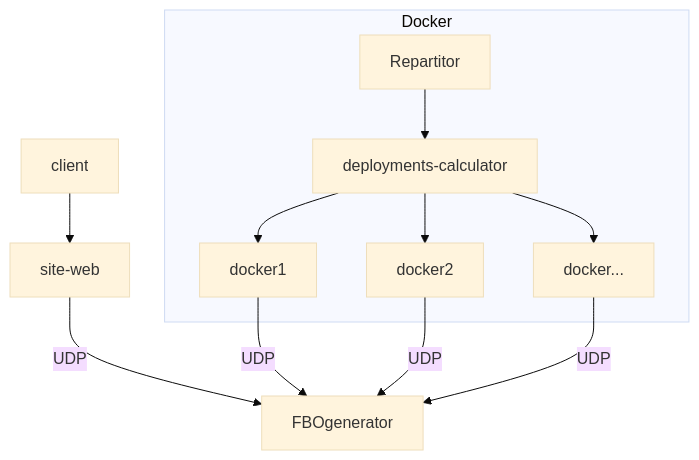
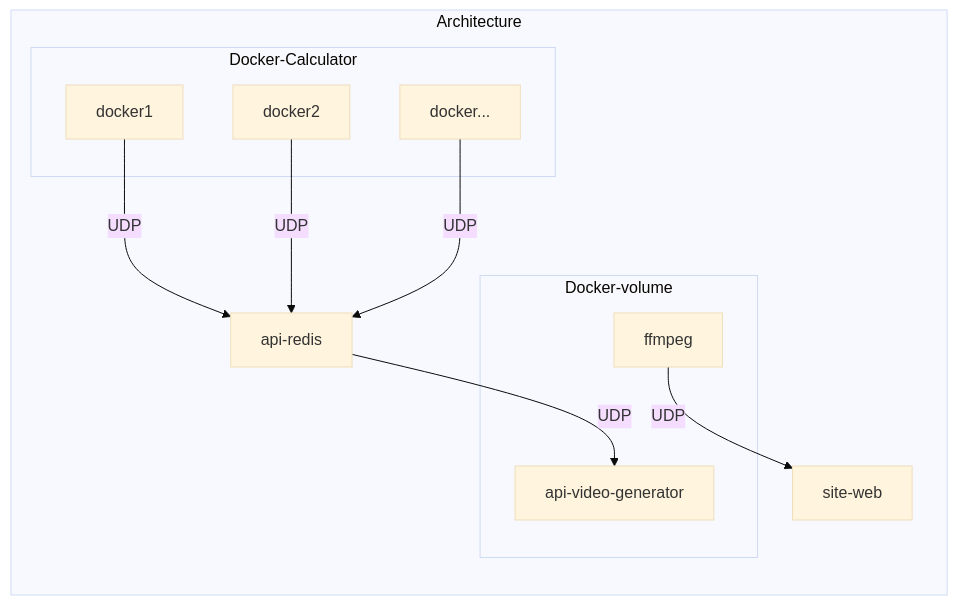
Before and after one commit to Im-Rises/nbody-simulator-docker: the diagram in README.md, drawn with Mermaid (base theme). The commit also changed other lines of this file and 3 other files, not shown here.

````diff
--- a/README.md
+++ b/README.md
@@ -72,8 +32,15 @@
 ```mermaid
-flowchart TB
-    client --> site-web --> |UDP| FBOgenerator
-    subgraph Docker
-        Repartitor --> deployments-calculator --> docker1 & docker2 & docker...
+flowchart LR
+    subgraph Architecture
+        subgraph Docker-Calculator
+        docker1 & docker2 & docker...
+        end
+        docker1 & docker2 & docker... --> |UDP| api-redis
+        api-redis --> |UDP| api-video-generator
+        subgraph Docker-volume
+        api-video-generator
+        ffmpeg 
+        end
+        ffmpeg --> |UDP| site-web
     end
-    docker1 & docker2 & docker... --> |UDP| FBOgenerator
 ```
````
